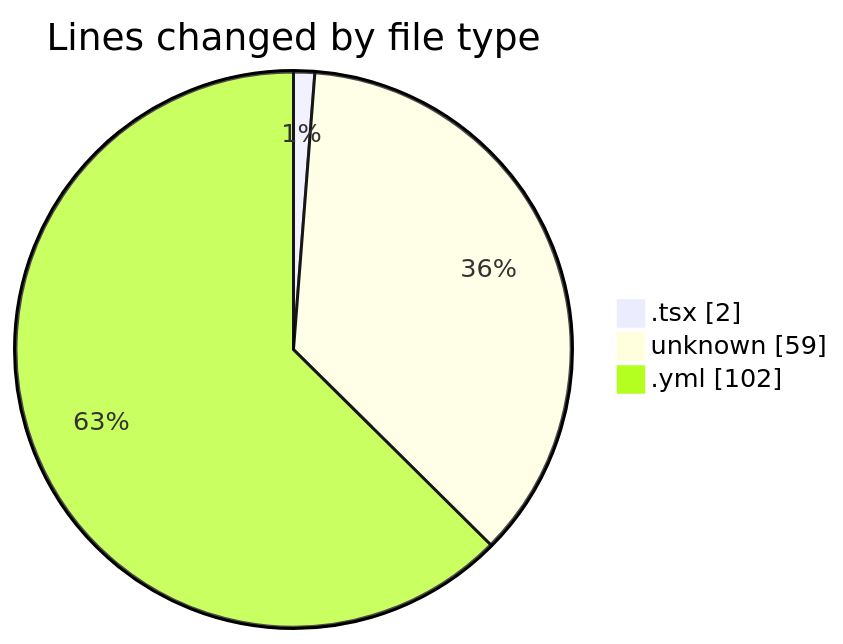
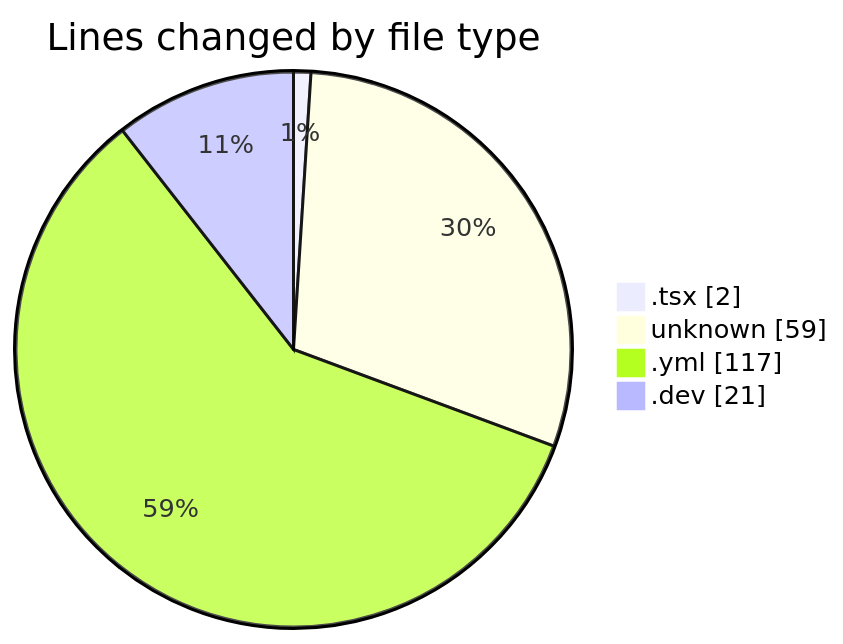
One commit to Elitesun/code-tracking changed the first of 2 diagrams in 2025-05-18/niten/README.md. Above: the diagram before and after it, drawn with Mermaid. The commit also changed other lines of this file and 1 other file, not shown here.

````diff
--- a/2025-05-18/niten/README.md
+++ b/2025-05-18/niten/README.md
@@ -22,7 +23,8 @@
 ```mermaid
 pie showData
 title Lines changed by file type
 ".tsx" : 2
 "unknown" : 59
-".yml" : 102
+".yml" : 117
+".dev" : 21
 ```
````
